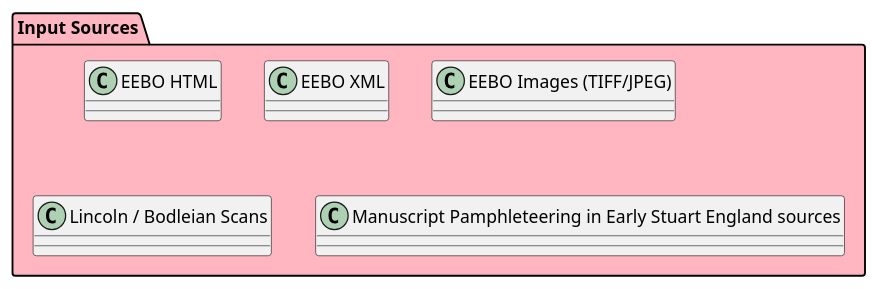
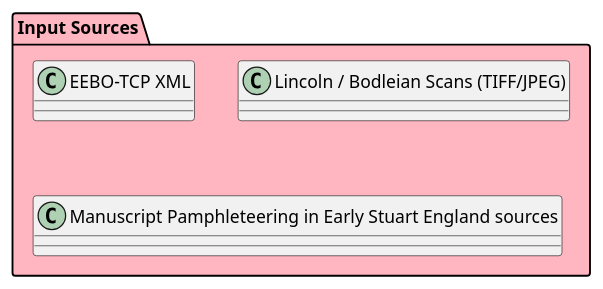
The diagram in docs/uml/src/components/inputs.puml (leegee/mutatis-mutandis), drawn with PlantUML before and after one commit. The commit also changed 4 other files, not shown here.

```diff
--- a/docs/uml/src/components/inputs.puml
+++ b/docs/uml/src/components/inputs.puml
@@ -1,7 +1,5 @@
 package "Input Sources" #lightpink {
-    class "EEBO HTML"
-    class "EEBO XML"
-    class "EEBO Images (TIFF/JPEG)"
-    class "Lincoln / Bodleian Scans"
+    class "EEBO-TCP XML"
+    class "Lincoln / Bodleian Scans (TIFF/JPEG)"
     class "Manuscript Pamphleteering in Early Stuart England sources" as MPESE
 }
```
